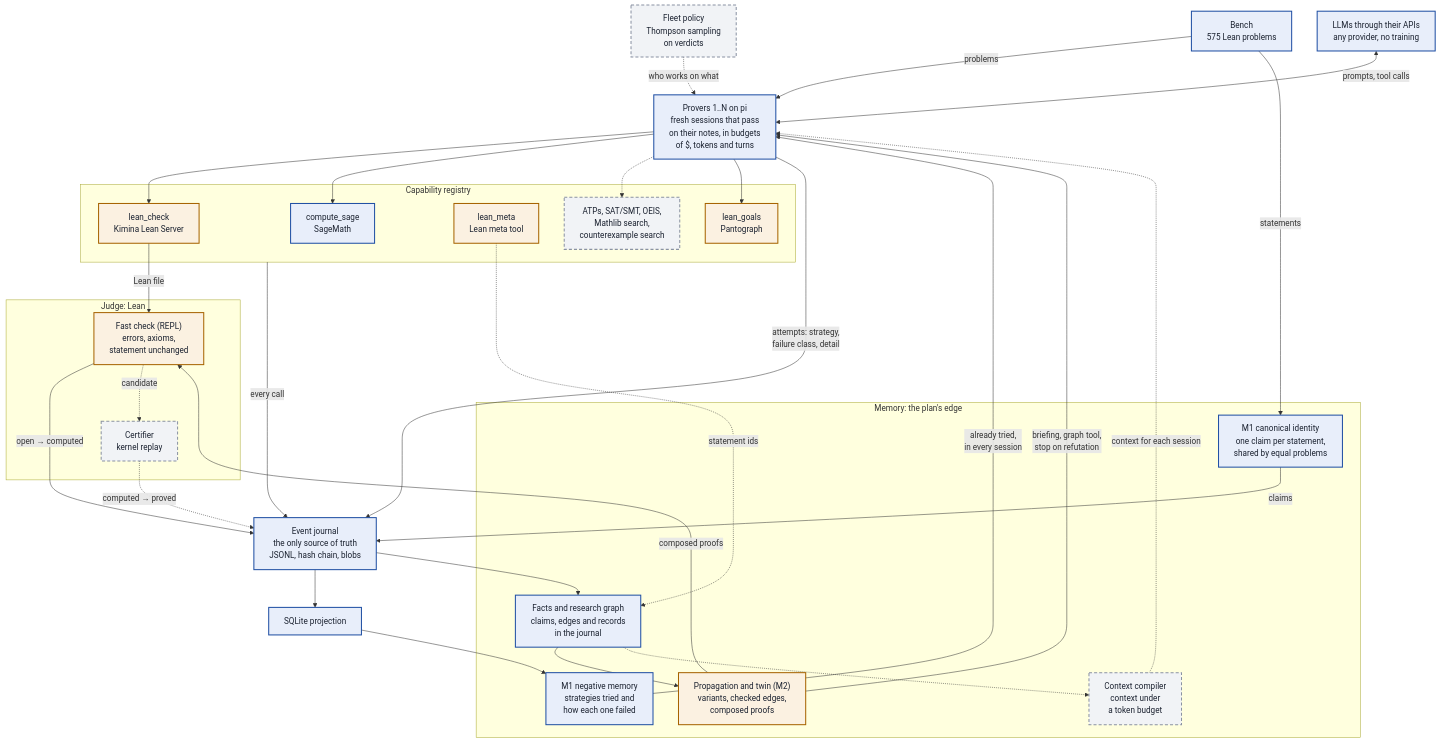
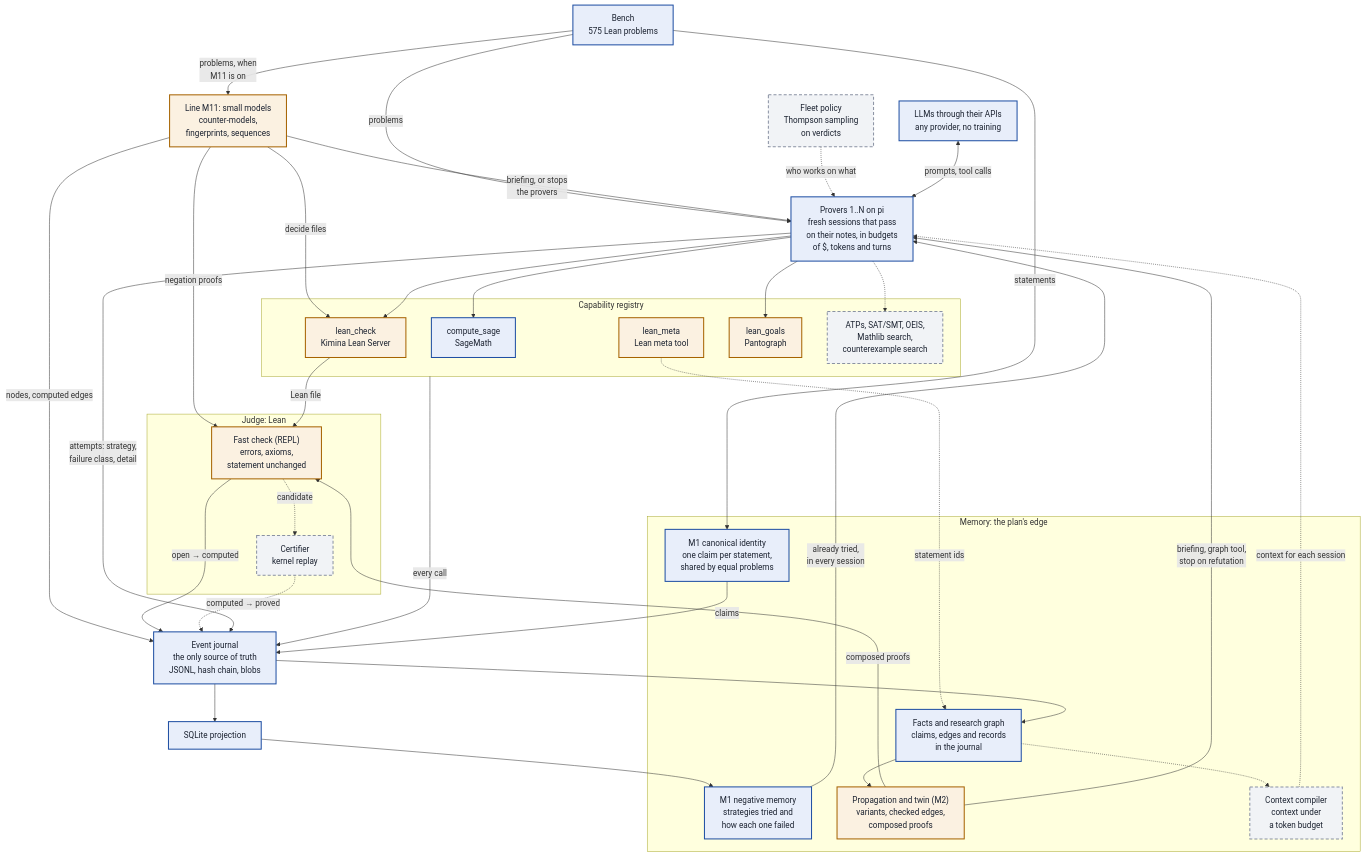
The diagram in README.md (Kdevos12/seshat), drawn with Mermaid before and after one commit. The commit also changed other lines of this file and 8 other files, not shown here.

First line of the commit message:
Add line M11: small models, fingerprints and certified refutations in a run

````diff
--- a/README.md
+++ b/README.md
@@ -18,60 +19,66 @@
 ```mermaid
 flowchart TB
   classDef built fill:#e8eefa,stroke:#1f4fa3,stroke-width:2px,color:#1b2230
   classDef wait fill:#fbf1e1,stroke:#a66300,stroke-width:2px,color:#1b2230
   classDef planned fill:#f1f3f6,stroke:#8a92a3,stroke-width:2px,stroke-dasharray:6 4,color:#1b2230
 
   bench["Bench<br/>575 Lean problems"]:::built
   fleet["Fleet policy<br/>Thompson sampling<br/>on verdicts"]:::planned
   llm["LLMs through their APIs<br/>any provider, no training"]:::built
   provers["Provers 1..N on pi<br/>fresh sessions that pass<br/>on their notes, in budgets<br/>of $, tokens and turns"]:::built
+  m11["Line M11: small models<br/>counter-models,<br/>fingerprints, sequences"]:::wait
 
   subgraph TOOLS["Capability registry"]
     leancheck["lean_check<br/>Kimina Lean Server"]:::wait
     sage["compute_sage<br/>SageMath"]:::built
     leanmeta["lean_meta<br/>Lean meta tool"]:::wait
     leangoals["lean_goals<br/>Pantograph"]:::wait
     moretools["ATPs, SAT/SMT, OEIS,<br/>Mathlib search,<br/>counterexample search"]:::planned
   end
 
   subgraph JUDGE["Judge: Lean"]
     fast["Fast check (REPL)<br/>errors, axioms,<br/>statement unchanged"]:::wait
     certifier["Certifier<br/>kernel replay"]:::planned
   end
 
   journal["Event journal<br/>the only source of truth<br/>JSONL, hash chain, blobs"]:::built
   projection["SQLite projection"]:::built
 
   subgraph MEMORY["Memory: the plan's edge"]
     identity["M1 canonical identity<br/>one claim per statement,<br/>shared by equal problems"]:::built
     tried["M1 negative memory<br/>strategies tried and<br/>how each one failed"]:::built
     kg["Facts and research graph<br/>claims, edges and records<br/>in the journal"]:::built
     prop["Propagation and twin (M2)<br/>variants, checked edges,<br/>composed proofs"]:::wait
     compiler["Context compiler<br/>context under<br/>a token budget"]:::planned
   end
 
   bench -->|problems| provers
   bench -->|statements| identity
   identity -->|claims| journal
+  bench -->|"problems, when<br/>M11 is on"| m11
+  m11 -->|"briefing, or stops<br/>the provers"| provers
+  m11 -->|"decide files"| leancheck
+  m11 -->|"negation proofs"| fast
+  m11 -->|"nodes, computed edges"| journal
   fleet -.->|"who works on what"| provers
   llm <-->|"prompts, tool calls"| provers
   provers --> leancheck & sage
   provers -.-> moretools
   leanmeta -.->|"statement ids"| kg
   provers --> leangoals
   leancheck -->|Lean file| fast
   fast -->|"open → computed"| journal
   fast -.->|candidate| certifier
   certifier -.->|"computed → proved"| journal
   TOOLS -->|"every call"| journal
   provers -->|"attempts: strategy,<br/>failure class, detail"| journal
   journal --> projection
   projection --> tried
   tried -->|"already tried,<br/>in every session"| provers
   journal --> kg
   kg --> prop
   prop -->|"composed proofs"| fast
   prop -->|"briefing, graph tool,<br/>stop on refutation"| provers
   kg -.-> compiler
   compiler -.->|"context for each session"| provers
 ```
````
